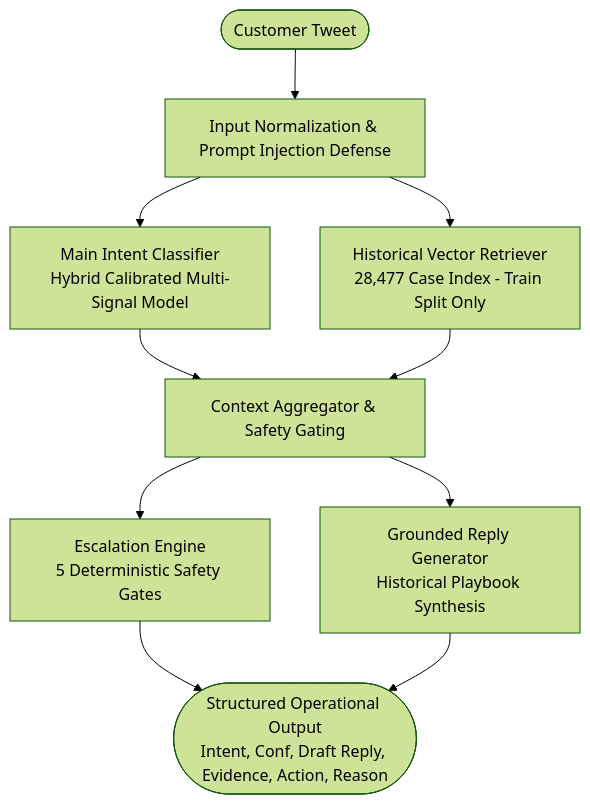
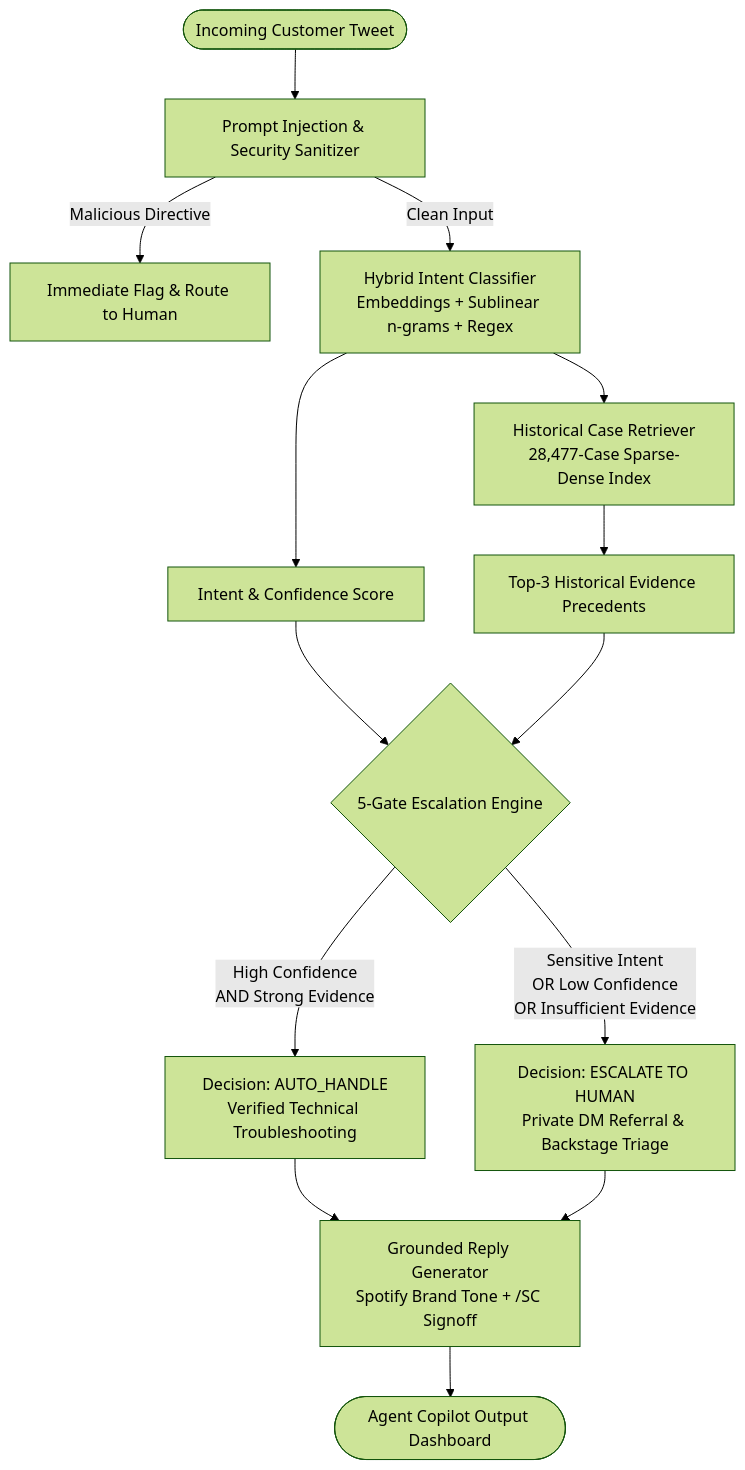
Before and after one commit to sushil0308/ResolveAI: the diagram in README.md, drawn with Mermaid (forest theme). The commit also changed other lines of this file and 18 other files, not shown here.

````diff
--- a/README.md
+++ b/README.md
@@ -52,12 +52,22 @@
 ```mermaid
 flowchart TD
-    User([Customer Tweet]) --> Sanitize[Input Normalization & Prompt Injection Defense]
-    Sanitize --> IntentClf[Main Intent Classifier\nHybrid Calibrated Multi-Signal Model]
-    Sanitize --> Retriever[Historical Vector Retriever\n28,477 Case Index - Train Split Only]
-    IntentClf --> ContextAgg[Context Aggregator & Safety Gating]
-    Retriever --> ContextAgg
-    ContextAgg --> Escalator[Escalation Engine\n5 Deterministic Safety Gates]
-    ContextAgg --> Generator[Grounded Reply Generator\nHistorical Playbook Synthesis]
-    Escalator --> OutputJSON([Structured Operational Output\nIntent, Conf, Draft Reply, Evidence, Action, Reason])
-    Generator --> OutputJSON
+    Customer([Incoming Customer Tweet]) --> Security[Prompt Injection & Security Sanitizer]
+    Security -->|Malicious Directive| EscalateFlag[Immediate Flag & Route to Human]
+    Security -->|Clean Input| Classifier[Hybrid Intent Classifier\nEmbeddings + Sublinear n-grams + Regex]
+    
+    Classifier --> IntentScore[Intent & Confidence Score]
+    Classifier --> Retriever[Historical Case Retriever\n28,477-Case Sparse-Dense Index]
+    
+    Retriever --> EvidenceCards[Top-3 Historical Evidence Precedents]
+    
+    IntentScore --> EscalationEngine{5-Gate Escalation Engine}
+    EvidenceCards --> EscalationEngine
+    
+    EscalationEngine -->|Sensitive Intent\nOR Low Confidence\nOR Insufficient Evidence| ESCALATE[Decision: ESCALATE TO HUMAN\nPrivate DM Referral & Backstage Triage]
+    EscalationEngine -->|High Confidence\nAND Strong Evidence| AUTO_HANDLE[Decision: AUTO_HANDLE\nVerified Technical Troubleshooting]
+    
+    AUTO_HANDLE --> Generator[Grounded Reply Generator\nSpotify Brand Tone + /SC Signoff]
+    ESCALATE --> Generator
+    
+    Generator --> Dispatch([Agent Copilot Output Dashboard])
 ```
````
